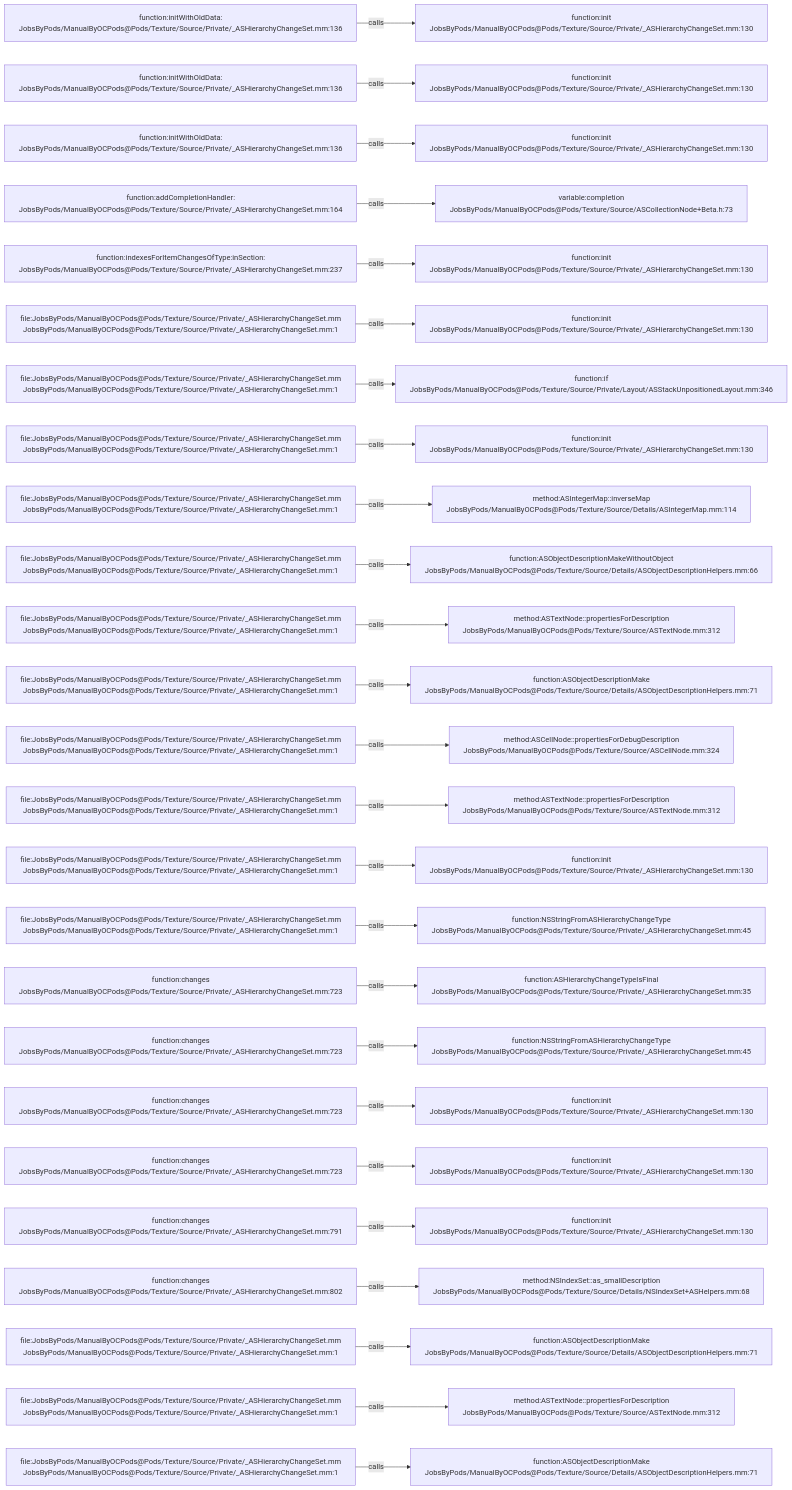
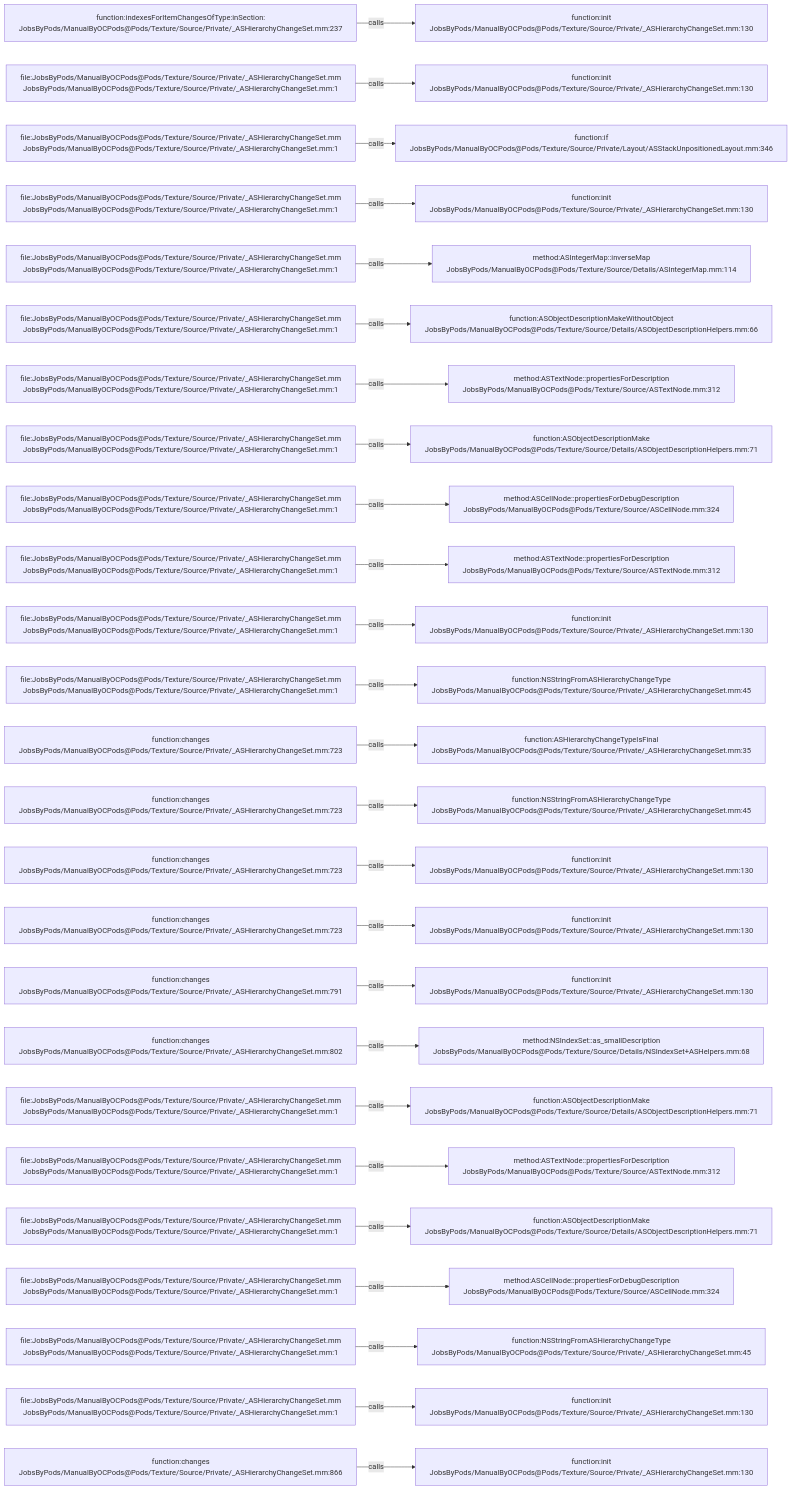
Before and after one commit to JobsKits/JobsOCBaseConfigDemo: the diagram in .codegraph/codegraph.md/graphs/calls-196.md, drawn with Mermaid. The commit also changed 727 other files, not shown here.

````diff
--- a/.codegraph/codegraph.md/graphs/calls-196.md
+++ b/.codegraph/codegraph.md/graphs/calls-196.md
@@ -13,78 +13,78 @@
 ```mermaid
 flowchart LR
-  S1["function:initWithOldData:<br/>JobsByPods/ManualByOCPods@Pods/Texture/Source/Private/_ASHierarchyChangeSet.mm:136"]
+  S1["function:indexesForItemChangesOfType:inSection:<br/>JobsByPods/ManualByOCPods@Pods/Texture/Source/Private/_ASHierarchyChangeSet.mm:237"]
   T1["function:init<br/>JobsByPods/ManualByOCPods@Pods/Texture/Source/Private/_ASHierarchyChangeSet.mm:130"]
   S1 -->|calls| T1
-  S2["function:initWithOldData:<br/>JobsByPods/ManualByOCPods@Pods/Texture/Source/Private/_ASHierarchyChangeSet.mm:136"]
+  S2["file:JobsByPods/ManualByOCPods@Pods/Texture/Source/Private/_ASHierarchyChangeSet.mm<br/>JobsByPods/ManualByOCPods@Pods/Texture/Source/Private/_ASHierarchyChangeSet.mm:1"]
   T2["function:init<br/>JobsByPods/ManualByOCPods@Pods/Texture/Source/Private/_ASHierarchyChangeSet.mm:130"]
   S2 -->|calls| T2
-  S3["function:initWithOldData:<br/>JobsByPods/ManualByOCPods@Pods/Texture/Source/Private/_ASHierarchyChangeSet.mm:136"]
-  T3["function:init<br/>JobsByPods/ManualByOCPods@Pods/Texture/Source/Private/_ASHierarchyChangeSet.mm:130"]
+  S3["file:JobsByPods/ManualByOCPods@Pods/Texture/Source/Private/_ASHierarchyChangeSet.mm<br/>JobsByPods/ManualByOCPods@Pods/Texture/Source/Private/_ASHierarchyChangeSet.mm:1"]
+  T3["function:if<br/>JobsByPods/ManualByOCPods@Pods/Texture/Source/Private/Layout/ASStackUnpositionedLayout.mm:346"]
   S3 -->|calls| T3
-  S4["function:addCompletionHandler:<br/>JobsByPods/ManualByOCPods@Pods/Texture/Source/Private/_ASHierarchyChangeSet.mm:164"]
-  T4["variable:completion<br/>JobsByPods/ManualByOCPods@Pods/Texture/Source/ASCollectionNode+Beta.h:73"]
+  S4["file:JobsByPods/ManualByOCPods@Pods/Texture/Source/Private/_ASHierarchyChangeSet.mm<br/>JobsByPods/ManualByOCPods@Pods/Texture/Source/Private/_ASHierarchyChangeSet.mm:1"]
+  T4["function:init<br/>JobsByPods/ManualByOCPods@Pods/Texture/Source/Private/_ASHierarchyChangeSet.mm:130"]
   S4 -->|calls| T4
-  S5["function:indexesForItemChangesOfType:inSection:<br/>JobsByPods/ManualByOCPods@Pods/Texture/Source/Private/_ASHierarchyChangeSet.mm:237"]
-  T5["function:init<br/>JobsByPods/ManualByOCPods@Pods/Texture/Source/Private/_ASHierarchyChangeSet.mm:130"]
+  S5["file:JobsByPods/ManualByOCPods@Pods/Texture/Source/Private/_ASHierarchyChangeSet.mm<br/>JobsByPods/ManualByOCPods@Pods/Texture/Source/Private/_ASHierarchyChangeSet.mm:1"]
+  T5["method:ASIntegerMap::inverseMap<br/>JobsByPods/ManualByOCPods@Pods/Texture/Source/Details/ASIntegerMap.mm:114"]
   S5 -->|calls| T5
   S6["file:JobsByPods/ManualByOCPods@Pods/Texture/Source/Private/_ASHierarchyChangeSet.mm<br/>JobsByPods/ManualByOCPods@Pods/Texture/Source/Private/_ASHierarchyChangeSet.mm:1"]
-  T6["function:init<br/>JobsByPods/ManualByOCPods@Pods/Texture/Source/Private/_ASHierarchyChangeSet.mm:130"]
+  T6["function:ASObjectDescriptionMakeWithoutObject<br/>JobsByPods/ManualByOCPods@Pods/Texture/Source/Details/ASObjectDescriptionHelpers.mm:66"]
   S6 -->|calls| T6
   S7["file:JobsByPods/ManualByOCPods@Pods/Texture/Source/Private/_ASHierarchyChangeSet.mm<br/>JobsByPods/ManualByOCPods@Pods/Texture/Source/Private/_ASHierarchyChangeSet.mm:1"]
-  T7["function:if<br/>JobsByPods/ManualByOCPods@Pods/Texture/Source/Private/Layout/ASStackUnpositionedLayout.mm:346"]
+  T7["method:ASTextNode::propertiesForDescription<br/>JobsByPods/ManualByOCPods@Pods/Texture/Source/ASTextNode.mm:312"]
   S7 -->|calls| T7
   S8["file:JobsByPods/ManualByOCPods@Pods/Texture/Source/Private/_ASHierarchyChangeSet.mm<br/>JobsByPods/ManualByOCPods@Pods/Texture/Source/Private/_ASHierarchyChangeSet.mm:1"]
-  T8["function:init<br/>JobsByPods/ManualByOCPods@Pods/Texture/Source/Private/_ASHierarchyChangeSet.mm:130"]
+  T8["function:ASObjectDescriptionMake<br/>JobsByPods/ManualByOCPods@Pods/Texture/Source/Details/ASObjectDescriptionHelpers.mm:71"]
   S8 -->|calls| T8
   S9["file:JobsByPods/ManualByOCPods@Pods/Texture/Source/Private/_ASHierarchyChangeSet.mm<br/>JobsByPods/ManualByOCPods@Pods/Texture/Source/Private/_ASHierarchyChangeSet.mm:1"]
-  T9["method:ASIntegerMap::inverseMap<br/>JobsByPods/ManualByOCPods@Pods/Texture/Source/Details/ASIntegerMap.mm:114"]
+  T9["method:ASCellNode::propertiesForDebugDescription<br/>JobsByPods/ManualByOCPods@Pods/Texture/Source/ASCellNode.mm:324"]
   S9 -->|calls| T9
   S10["file:JobsByPods/ManualByOCPods@Pods/Texture/Source/Private/_ASHierarchyChangeSet.mm<br/>JobsByPods/ManualByOCPods@Pods/Texture/Source/Private/_ASHierarchyChangeSet.mm:1"]
-  T10["function:ASObjectDescriptionMakeWithoutObject<br/>JobsByPods/ManualByOCPods@Pods/Texture/Source/Details/ASObjectDescriptionHelpers.mm:66"]
+  T10["method:ASTextNode::propertiesForDescription<br/>JobsByPods/ManualByOCPods@Pods/Texture/Source/ASTextNode.mm:312"]
   S10 -->|calls| T10
   S11["file:JobsByPods/ManualByOCPods@Pods/Texture/Source/Private/_ASHierarchyChangeSet.mm<br/>JobsByPods/ManualByOCPods@Pods/Texture/Source/Private/_ASHierarchyChangeSet.mm:1"]
-  T11["method:ASTextNode::propertiesForDescription<br/>JobsByPods/ManualByOCPods@Pods/Texture/Source/ASTextNode.mm:312"]
+  T11["function:init<br/>JobsByPods/ManualByOCPods@Pods/Texture/Source/Private/_ASHierarchyChangeSet.mm:130"]
   S11 -->|calls| T11
   S12["file:JobsByPods/ManualByOCPods@Pods/Texture/Source/Private/_ASHierarchyChangeSet.mm<br/>JobsByPods/ManualByOCPods@Pods/Texture/Source/Private/_ASHierarchyChangeSet.mm:1"]
-  T12["function:ASObjectDescriptionMake<br/>JobsByPods/ManualByOCPods@Pods/Texture/Source/Details/ASObjectDescriptionHelpers.mm:71"]
+  T12["function:NSStringFromASHierarchyChangeType<br/>JobsByPods/ManualByOCPods@Pods/Texture/Source/Private/_ASHierarchyChangeSet.mm:45"]
   S12 -->|calls| T12
-  S13["file:JobsByPods/ManualByOCPods@Pods/Texture/Source/Private/_ASHierarchyChangeSet.mm<br/>JobsByPods/ManualByOCPods@Pods/Texture/Source/Private/_ASHierarchyChangeSet.mm:1"]
-  T13["method:ASCellNode::propertiesForDebugDescription<br/>JobsByPods/ManualByOCPods@Pods/Texture/Source/ASCellNode.mm:324"]
+  S13["function:changes<br/>JobsByPods/ManualByOCPods@Pods/Texture/Source/Private/_ASHierarchyChangeSet.mm:723"]
+  T13["function:ASHierarchyChangeTypeIsFinal<br/>JobsByPods/ManualByOCPods@Pods/Texture/Source/Private/_ASHierarchyChangeSet.mm:35"]
   S13 -->|calls| T13
-  S14["file:JobsByPods/ManualByOCPods@Pods/Texture/Source/Private/_ASHierarchyChangeSet.mm<br/>JobsByPods/ManualByOCPods@Pods/Texture/Source/Private/_ASHierarchyChangeSet.mm:1"]
-  T14["method:ASTextNode::propertiesForDescription<br/>JobsByPods/ManualByOCPods@Pods/Texture/Source/ASTextNode.mm:312"]
+  S14["function:changes<br/>JobsByPods/ManualByOCPods@Pods/Texture/Source/Private/_ASHierarchyChangeSet.mm:723"]
+  T14["function:NSStringFromASHierarchyChangeType<br/>JobsByPods/ManualByOCPods@Pods/Texture/Source/Private/_ASHierarchyChangeSet.mm:45"]
   S14 -->|calls| T14
-  S15["file:JobsByPods/ManualByOCPods@Pods/Texture/Source/Private/_ASHierarchyChangeSet.mm<br/>JobsByPods/ManualByOCPods@Pods/Texture/Source/Private/_ASHierarchyChangeSet.mm:1"]
+  S15["function:changes<br/>JobsByPods/ManualByOCPods@Pods/Texture/Source/Private/_ASHierarchyChangeSet.mm:723"]
   T15["function:init<br/>JobsByPods/ManualByOCPods@Pods/Texture/Source/Private/_ASHierarchyChangeSet.mm:130"]
   S15 -->|calls| T15
-  S16["file:JobsByPods/ManualByOCPods@Pods/Texture/Source/Private/_ASHierarchyChangeSet.mm<br/>JobsByPods/ManualByOCPods@Pods/Texture/Source/Private/_ASHierarchyChangeSet.mm:1"]
-  T16["function:NSStringFromASHierarchyChangeType<br/>JobsByPods/ManualByOCPods@Pods/Texture/Source/Private/_ASHierarchyChangeSet.mm:45"]
+  S16["function:changes<br/>JobsByPods/ManualByOCPods@Pods/Texture/Source/Private/_ASHierarchyChangeSet.mm:723"]
+  T16["function:init<br/>JobsByPods/ManualByOCPods@Pods/Texture/Source/Private/_ASHierarchyChangeSet.mm:130"]
   S16 -->|calls| T16
-  S17["function:changes<br/>JobsByPods/ManualByOCPods@Pods/Texture/Source/Private/_ASHierarchyChangeSet.mm:723"]
-  T17["function:ASHierarchyChangeTypeIsFinal<br/>JobsByPods/ManualByOCPods@Pods/Texture/Source/Private/_ASHierarchyChangeSet.mm:35"]
+  S17["function:changes<br/>JobsByPods/ManualByOCPods@Pods/Texture/Source/Private/_ASHierarchyChangeSet.mm:791"]
+  T17["function:init<br/>JobsByPods/ManualByOCPods@Pods/Texture/Source/Private/_ASHierarchyChangeSet.mm:130"]
   S17 -->|calls| T17
-  S18["function:changes<br/>JobsByPods/ManualByOCPods@Pods/Texture/Source/Private/_ASHierarchyChangeSet.mm:723"]
-  T18["function:NSStringFromASHierarchyChangeType<br/>JobsByPods/ManualByOCPods@Pods/Texture/Source/Private/_ASHierarchyChangeSet.mm:45"]
+  S18["function:changes<br/>JobsByPods/ManualByOCPods@Pods/Texture/Source/Private/_ASHierarchyChangeSet.mm:802"]
+  T18["method:NSIndexSet::as_smallDescription<br/>JobsByPods/ManualByOCPods@Pods/Texture/Source/Details/NSIndexSet+ASHelpers.mm:68"]
   S18 -->|calls| T18
-  S19["function:changes<br/>JobsByPods/ManualByOCPods@Pods/Texture/Source/Private/_ASHierarchyChangeSet.mm:723"]
-  T19["function:init<br/>JobsByPods/ManualByOCPods@Pods/Texture/Source/Private/_ASHierarchyChangeSet.mm:130"]
+  S19["file:JobsByPods/ManualByOCPods@Pods/Texture/Source/Private/_ASHierarchyChangeSet.mm<br/>JobsByPods/ManualByOCPods@Pods/Texture/Source/Private/_ASHierarchyChangeSet.mm:1"]
+  T19["function:ASObjectDescriptionMake<br/>JobsByPods/ManualByOCPods@Pods/Texture/Source/Details/ASObjectDescriptionHelpers.mm:71"]
   S19 -->|calls| T19
-  S20["function:changes<br/>JobsByPods/ManualByOCPods@Pods/Texture/Source/Private/_ASHierarchyChangeSet.mm:723"]
-  T20["function:init<br/>JobsByPods/ManualByOCPods@Pods/Texture/Source/Private/_ASHierarchyChangeSet.mm:130"]
+  S20["file:JobsByPods/ManualByOCPods@Pods/Texture/Source/Private/_ASHierarchyChangeSet.mm<br/>JobsByPods/ManualByOCPods@Pods/Texture/Source/Private/_ASHierarchyChangeSet.mm:1"]
+  T20["method:ASTextNode::propertiesForDescription<br/>JobsByPods/ManualByOCPods@Pods/Texture/Source/ASTextNode.mm:312"]
   S20 -->|calls| T20
-  S21["function:changes<br/>JobsByPods/ManualByOCPods@Pods/Texture/Source/Private/_ASHierarchyChangeSet.mm:791"]
-  T21["function:init<br/>JobsByPods/ManualByOCPods@Pods/Texture/Source/Private/_ASHierarchyChangeSet.mm:130"]
+  S21["file:JobsByPods/ManualByOCPods@Pods/Texture/Source/Private/_ASHierarchyChangeSet.mm<br/>JobsByPods/ManualByOCPods@Pods/Texture/Source/Private/_ASHierarchyChangeSet.mm:1"]
+  T21["function:ASObjectDescriptionMake<br/>JobsByPods/ManualByOCPods@Pods/Texture/Source/Details/ASObjectDescriptionHelpers.mm:71"]
   S21 -->|calls| T21
-  S22["function:changes<br/>JobsByPods/ManualByOCPods@Pods/Texture/Source/Private/_ASHierarchyChangeSet.mm:802"]
-  T22["method:NSIndexSet::as_smallDescription<br/>JobsByPods/ManualByOCPods@Pods/Texture/Source/Details/NSIndexSet+ASHelpers.mm:68"]
+  S22["file:JobsByPods/ManualByOCPods@Pods/Texture/Source/Private/_ASHierarchyChangeSet.mm<br/>JobsByPods/ManualByOCPods@Pods/Texture/Source/Private/_ASHierarchyChangeSet.mm:1"]
+  T22["method:ASCellNode::propertiesForDebugDescription<br/>JobsByPods/ManualByOCPods@Pods/Texture/Source/ASCellNode.mm:324"]
   S22 -->|calls| T22
   S23["file:JobsByPods/ManualByOCPods@Pods/Texture/Source/Private/_ASHierarchyChangeSet.mm<br/>JobsByPods/ManualByOCPods@Pods/Texture/Source/Private/_ASHierarchyChangeSet.mm:1"]
-  T23["function:ASObjectDescriptionMake<br/>JobsByPods/ManualByOCPods@Pods/Texture/Source/Details/ASObjectDescriptionHelpers.mm:71"]
+  T23["function:NSStringFromASHierarchyChangeType<br/>JobsByPods/ManualByOCPods@Pods/Texture/Source/Private/_ASHierarchyChangeSet.mm:45"]
   S23 -->|calls| T23
   S24["file:JobsByPods/ManualByOCPods@Pods/Texture/Source/Private/_ASHierarchyChangeSet.mm<br/>JobsByPods/ManualByOCPods@Pods/Texture/Source/Private/_ASHierarchyChangeSet.mm:1"]
-  T24["method:ASTextNode::propertiesForDescription<br/>JobsByPods/ManualByOCPods@Pods/Texture/Source/ASTextNode.mm:312"]
+  T24["function:init<br/>JobsByPods/ManualByOCPods@Pods/Texture/Source/Private/_ASHierarchyChangeSet.mm:130"]
   S24 -->|calls| T24
-  S25["file:JobsByPods/ManualByOCPods@Pods/Texture/Source/Private/_ASHierarchyChangeSet.mm<br/>JobsByPods/ManualByOCPods@Pods/Texture/Source/Private/_ASHierarchyChangeSet.mm:1"]
-  T25["function:ASObjectDescriptionMake<br/>JobsByPods/ManualByOCPods@Pods/Texture/Source/Details/ASObjectDescriptionHelpers.mm:71"]
+  S25["function:changes<br/>JobsByPods/ManualByOCPods@Pods/Texture/Source/Private/_ASHierarchyChangeSet.mm:866"]
+  T25["function:init<br/>JobsByPods/ManualByOCPods@Pods/Texture/Source/Private/_ASHierarchyChangeSet.mm:130"]
   S25 -->|calls| T25
 ```
````
